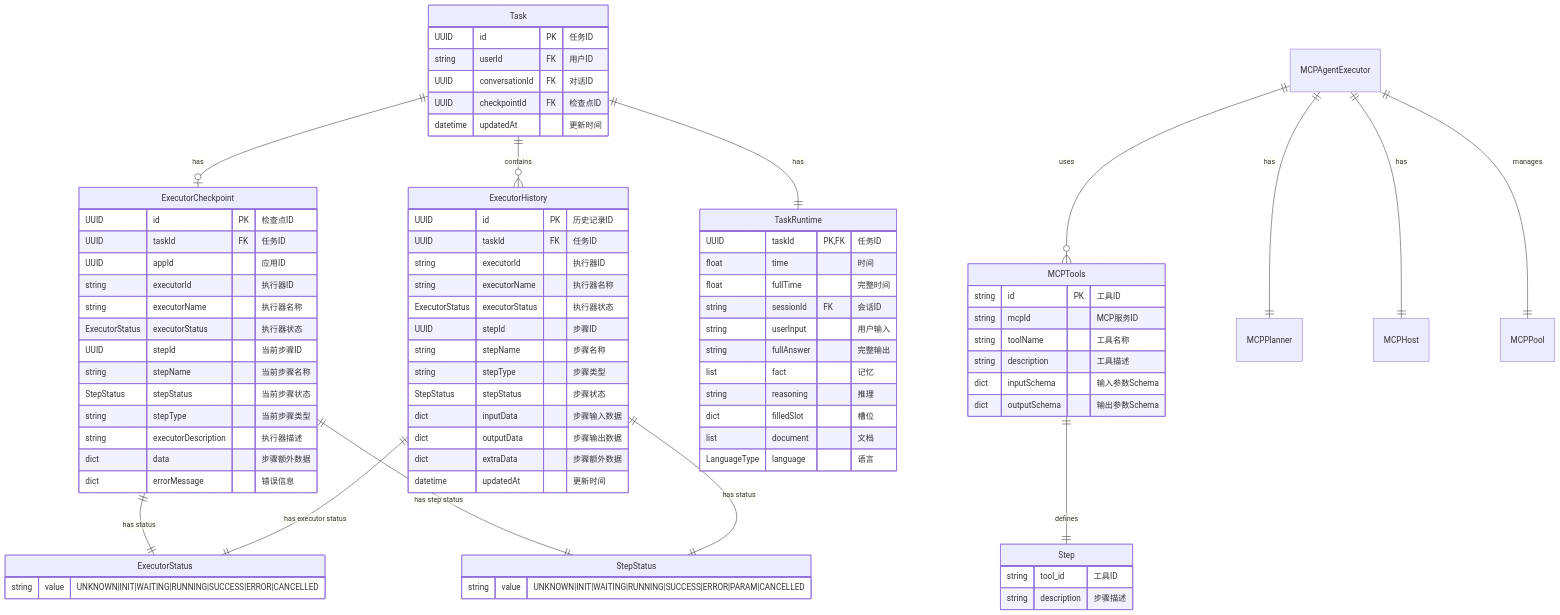
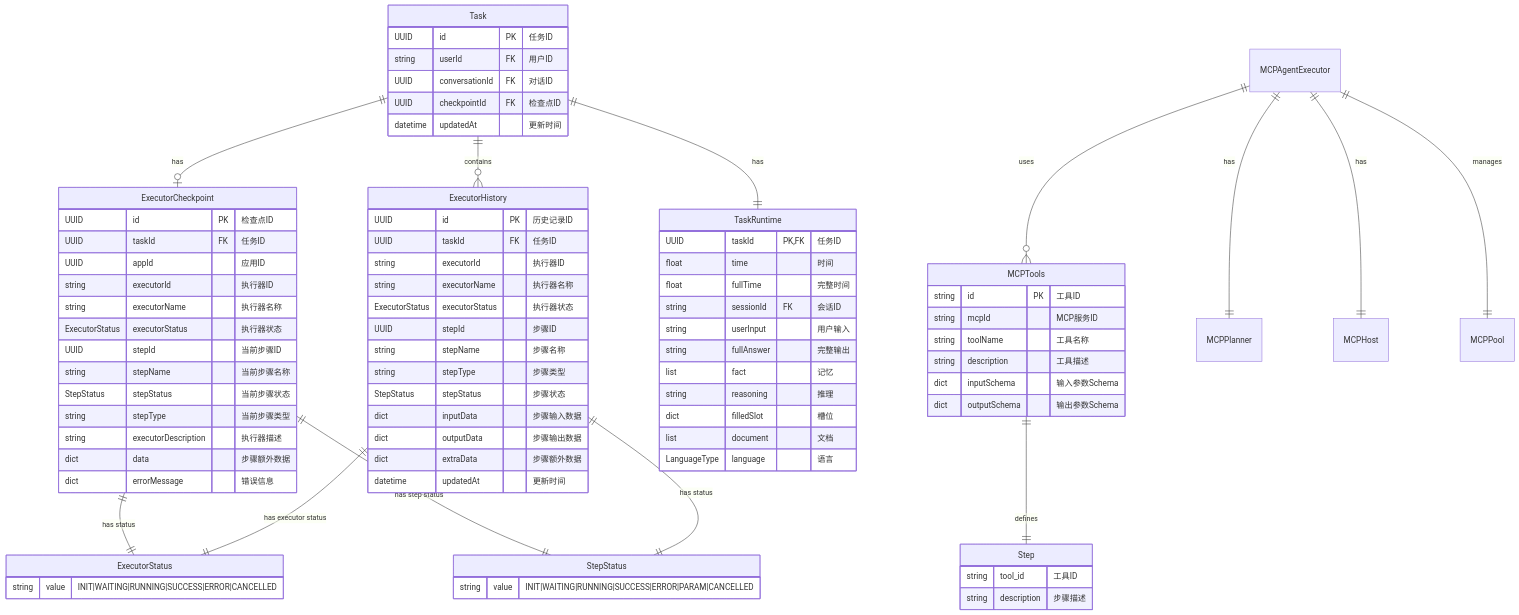
The eighth of 13 diagrams in design/executor/agent.md (openeuler-mirror/euler-copilot-framework), drawn with Mermaid before and after one commit. The commit also changed other lines of this file and 13 other files, not shown here.

````diff
--- a/design/executor/agent.md
+++ b/design/executor/agent.md
@@ -777,10 +777,10 @@
     }
 
     ExecutorStatus {
-        string value "UNKNOWN|INIT|WAITING|RUNNING|SUCCESS|ERROR|CANCELLED"
+        string value "INIT|WAITING|RUNNING|SUCCESS|ERROR|CANCELLED"
     }
 
     StepStatus {
-        string value "UNKNOWN|INIT|WAITING|RUNNING|SUCCESS|ERROR|PARAM|CANCELLED"
+        string value "INIT|WAITING|RUNNING|SUCCESS|ERROR|PARAM|CANCELLED"
     }
 ```
````
